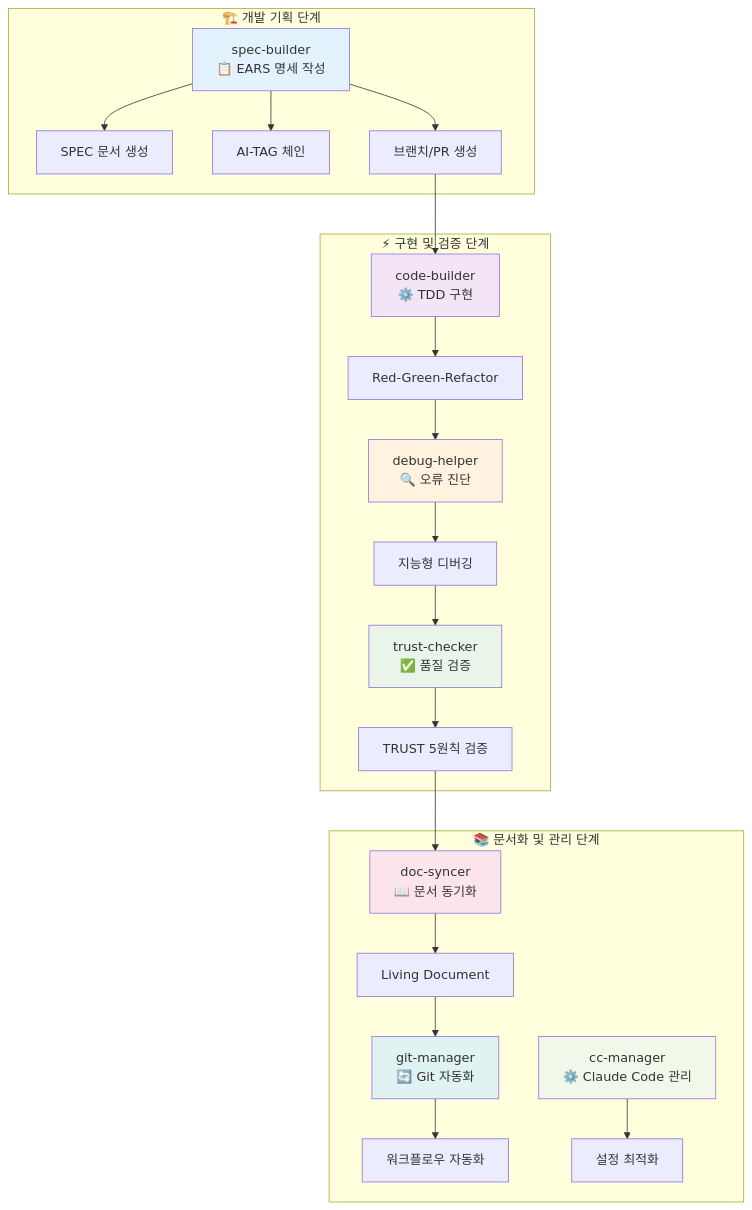
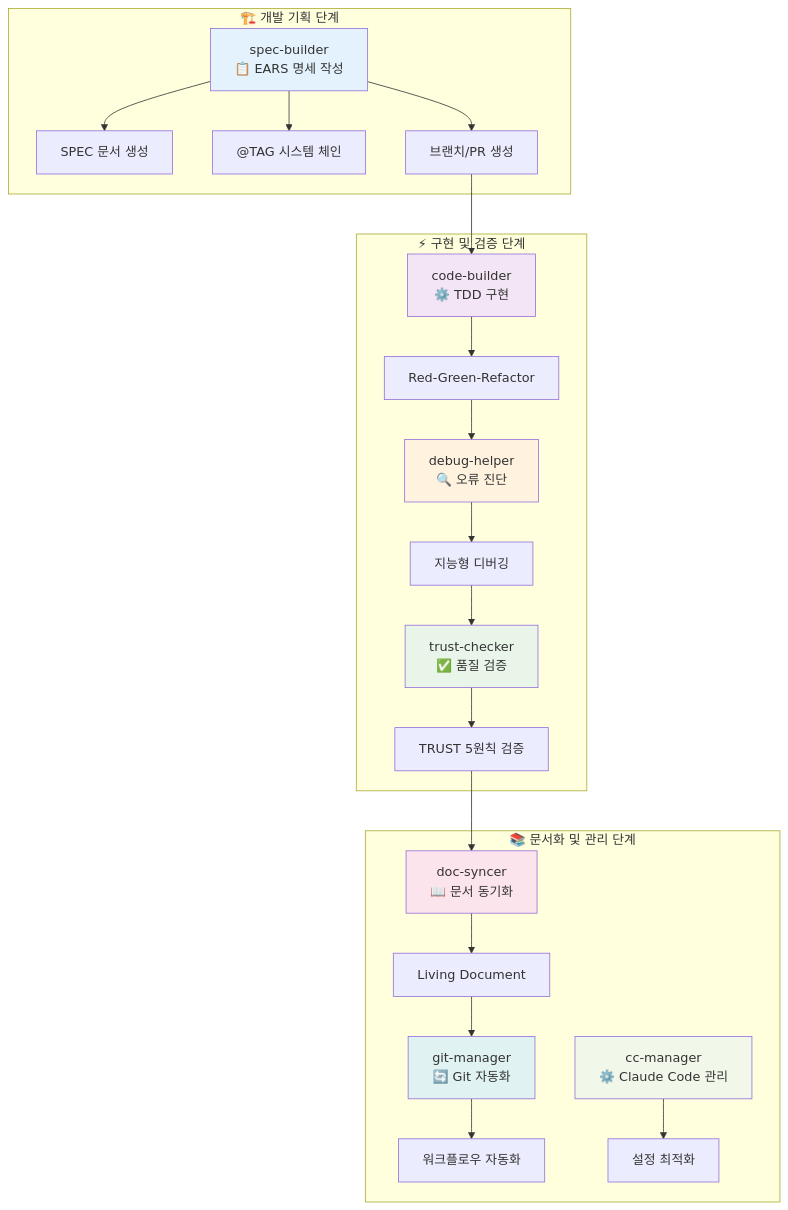
The sixth of 6 diagrams in README.md (modu-ai/moai-adk), drawn with Mermaid before and after one commit. The commit also changed other lines of this file and 7 other files, not shown here.

````diff
--- a/README.md
+++ b/README.md
@@ -640,43 +640,43 @@
 ```mermaid
 graph TB
     subgraph "🏗️ 개발 기획 단계"
         A[spec-builder<br/>📋 EARS 명세 작성]
         A --> A1["SPEC 문서 생성"]
-        A --> A2["AI-TAG 체인"]
+        A --> A2["@TAG 시스템 체인"]
         A --> A3["브랜치/PR 생성"]
     end
 
     subgraph "⚡ 구현 및 검증 단계"
         B[code-builder<br/>⚙️ TDD 구현]
         C[debug-helper<br/>🔍 오류 진단]
         D[trust-checker<br/>✅ 품질 검증]
 
         B --> B1["Red-Green-Refactor"]
         C --> C1["지능형 디버깅"]
         D --> D1["TRUST 5원칙 검증"]
     end
 
     subgraph "📚 문서화 및 관리 단계"
         E[doc-syncer<br/>📖 문서 동기화]
         F[git-manager<br/>🔄 Git 자동화]
         G[cc-manager<br/>⚙️ Claude Code 관리]
 
         E --> E1["Living Document"]
         F --> F1["워크플로우 자동화"]
         G --> G1["설정 최적화"]
     end
 
     A3 --> B
     B1 --> C
     C1 --> D
     D1 --> E
     E1 --> F
 
     style A fill:#e3f2fd
     style B fill:#f3e5f5
     style C fill:#fff3e0
     style D fill:#e8f5e8
     style E fill:#fce4ec
     style F fill:#e0f2f1
     style G fill:#f1f8e9
 ```
````
